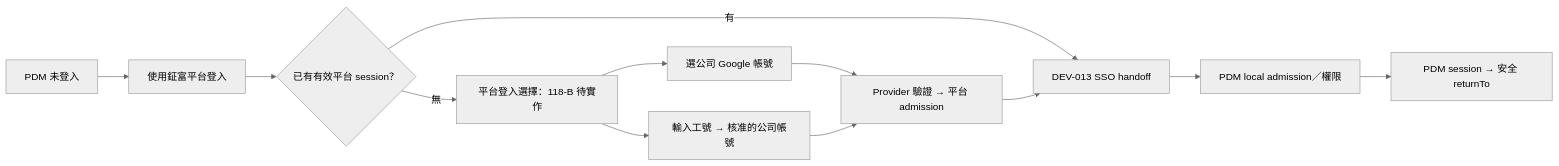
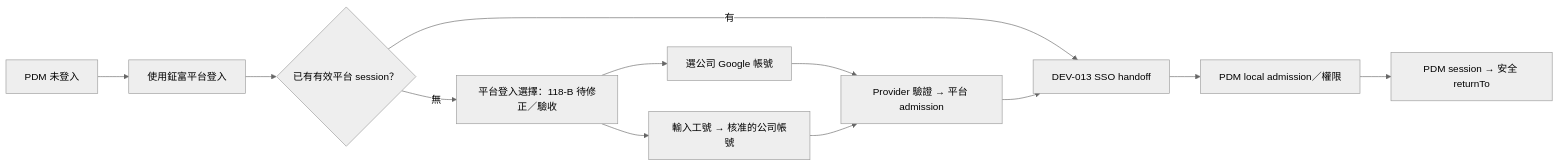
The diagram in .ai-doc/specs/SPEC-PDM-PRODUCTION-GOOGLE-SIGN-IN-READINESS-001-provider-capability-and-entrypoint-gate.md (jedchang0308-jenfu/AI-PDM), drawn with Mermaid (neutral theme) before and after one commit. The commit also changed other lines of this file and 7 other files, not shown here.

````diff
--- a/.ai-doc/specs/SPEC-PDM-PRODUCTION-GOOGLE-SIGN-IN-READINESS-001-provider-capability-and-entrypoint-gate.md
+++ b/.ai-doc/specs/SPEC-PDM-PRODUCTION-GOOGLE-SIGN-IN-READINESS-001-provider-capability-and-entrypoint-gate.md
@@ -68,14 +76,14 @@
 ```mermaid
 flowchart LR
   A["PDM 未登入"] --> B["使用鉦富平台登入"]
   B --> C{"已有有效平台 session？"}
   C -- 有 --> H["DEV-013 SSO handoff"]
-  C -- 無 --> D["平台登入選擇：118-B 待實作"]
+  C -- 無 --> D["平台登入選擇：118-B 待修正／驗收"]
   D --> E["選公司 Google 帳號"]
   D --> F["輸入工號 → 核准的公司帳號"]
   E --> G["Provider 驗證 → 平台 admission"]
   F --> G
   G --> H
   H --> I["PDM local admission／權限"]
   I --> J["PDM session → 安全 returnTo"]
 ```
````
